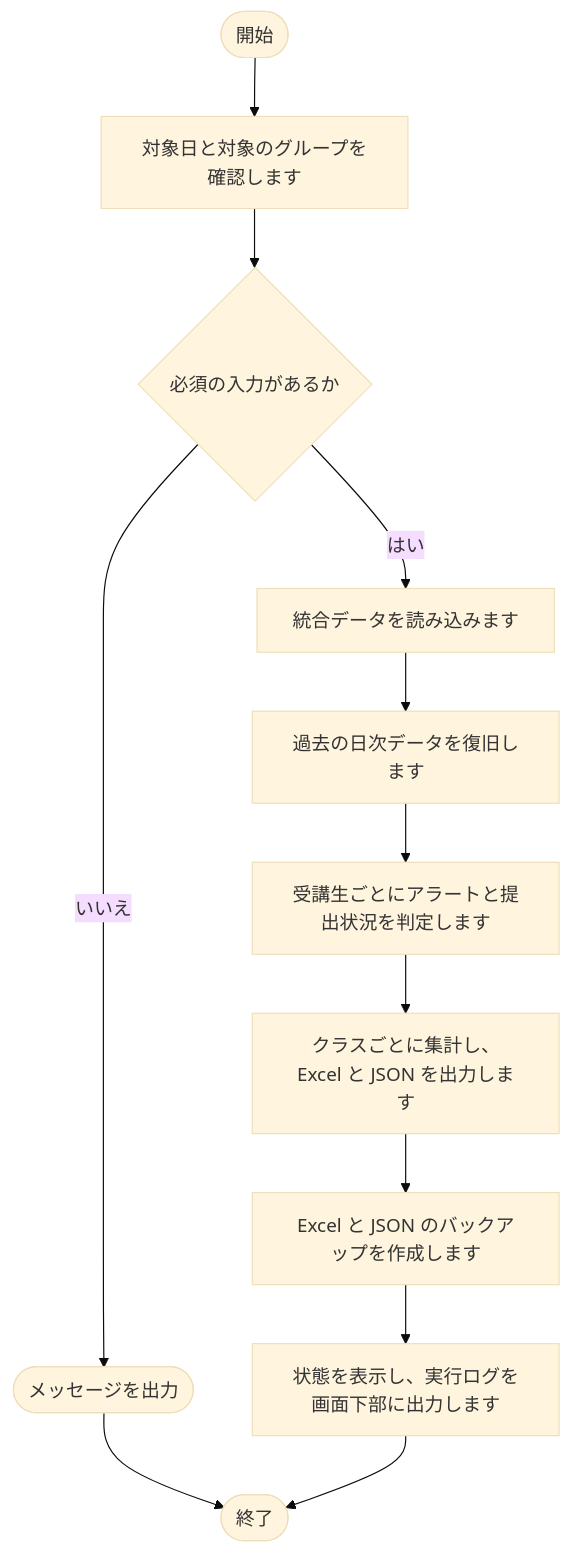
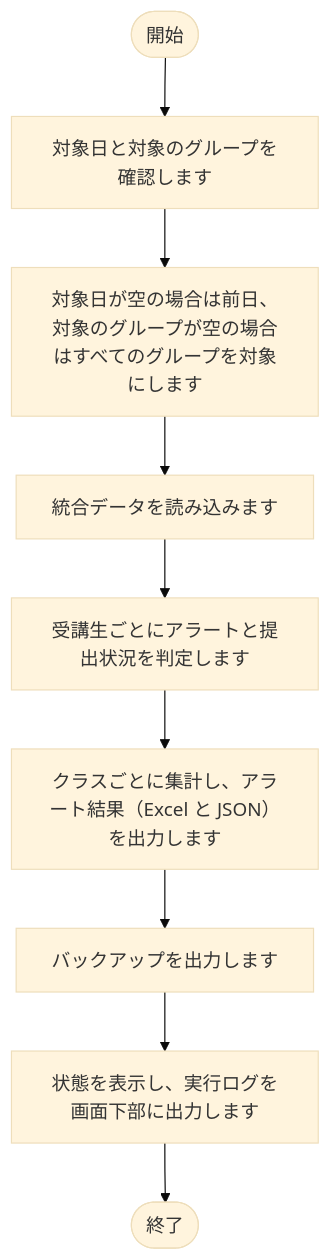
The fifth of 24 diagrams in tool/kintone-aggregator/doc/02_設計/処理フロー.md (nishida2073/project_management), drawn with Mermaid (base theme) before and after one commit. The commit also changed other lines of this file and 16 other files, not shown here.

````diff
--- a/tool/kintone-aggregator/doc/02_設計/処理フロー.md
+++ b/tool/kintone-aggregator/doc/02_設計/処理フロー.md
@@ -159,25 +146,20 @@
 ```mermaid
 flowchart TD
     S(["開始"])
     E(["終了"])
     N1["対象日と対象のグループを確認します"]
     S --> N1
-    N2{"必須の入力があるか"}
-    X2(["メッセージを出力"])
-    X2 --> E
-    N2 -- いいえ --> X2
+    N2["対象日が空の場合は前日、対象のグループが空の場合はすべてのグループを対象にします"]
     N1 --> N2
     N3["統合データを読み込みます"]
-    N2 -- はい --> N3
-    N4["過去の日次データを復旧します"]
+    N2 --> N3
+    N4["受講生ごとにアラートと提出状況を判定します"]
     N3 --> N4
-    N5["受講生ごとにアラートと提出状況を判定します"]
+    N5["クラスごとに集計し、アラート結果（Excel と JSON）を出力します"]
     N4 --> N5
-    N6["クラスごとに集計し、Excel と JSON を出力します"]
+    N6["バックアップを出力します"]
     N5 --> N6
-    N7["Excel と JSON のバックアップを作成します"]
+    N7["状態を表示し、実行ログを画面下部に出力します"]
     N6 --> N7
-    N8["状態を表示し、実行ログを画面下部に出力します"]
-    N7 --> N8
-    N8 --> E
+    N7 --> E
 ```
````
